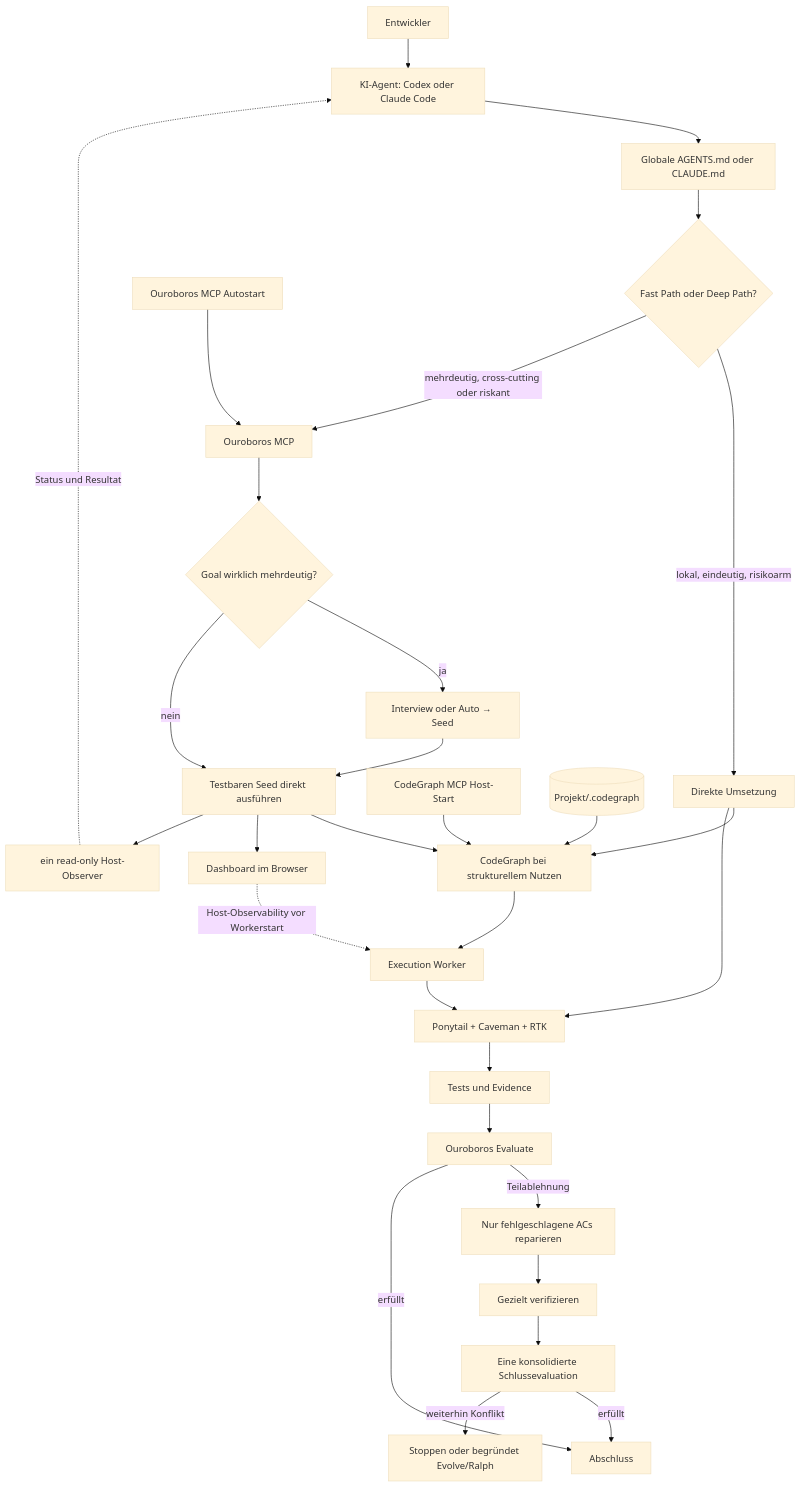
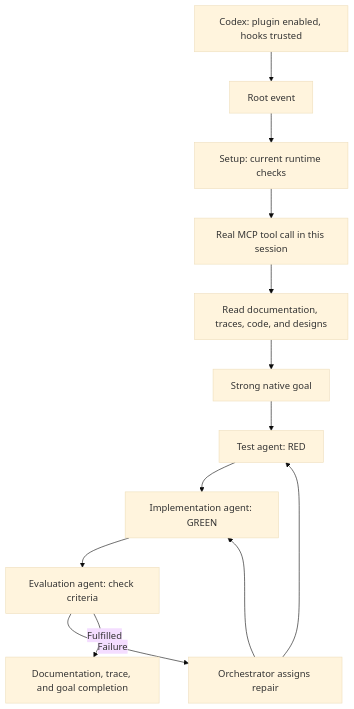
The diagram in docs/PRODUKT-ONBOARDING.md (Chris-1337/KISS-Chris-Stack), drawn with Mermaid (base theme) before and after one commit. The commit also changed other lines of this file and 167 other files, not shown here.

Commit message:
feat: publish Codex plugin with controlled community contributions

````diff
--- a/docs/PRODUKT-ONBOARDING.md
+++ b/docs/PRODUKT-ONBOARDING.md
@@ -46,35 +17,15 @@
 ```mermaid
 flowchart TD
-    U[Entwickler] --> H[KI-Agent: Codex oder Claude Code]
-    H --> P[Globale AGENTS.md oder CLAUDE.md]
-    P --> R{Fast Path oder Deep Path?}
-
-    R -->|lokal, eindeutig, risikoarm| F[Direkte Umsetzung]
-    F --> CG[CodeGraph bei strukturellem Nutzen]
-    F --> PT[Ponytail + Caveman + RTK]
-    PT --> T[Tests und Evidence]
-
-    R -->|mehrdeutig, cross-cutting oder riskant| O[Ouroboros MCP]
-    O --> A{Goal wirklich mehrdeutig?}
-    A -->|ja| I[Interview oder Auto → Seed]
-    A -->|nein| S[Testbaren Seed direkt ausführen]
-    I --> S
-    S --> CG
-    S --> D[Dashboard im Browser]
-    S --> OB[ein read-only Host-Observer]
-    CG --> W[Execution Worker]
-    D -. Host-Observability vor Workerstart .-> W
-    OB -. Status und Resultat .-> H
-    W --> PT
-    T --> E[Ouroboros Evaluate]
-    E -->|Teilablehnung| FR[Nur fehlgeschlagene ACs reparieren]
-    FR --> V[Gezielt verifizieren]
-    V --> FE[Eine konsolidierte Schlussevaluation]
-    FE -->|erfüllt| X
-    FE -->|weiterhin Konflikt| STOP[Stoppen oder begründet Evolve/Ralph]
-    E -->|erfüllt| X[Abschluss]
-
-    MCP1[Ouroboros MCP Autostart] --> O
-    MCP2[CodeGraph MCP Host-Start] --> CG
-    IDX[(Projekt/.codegraph)] --> CG
+    H[Codex: plugin enabled, hooks trusted] --> E[Root event]
+    E --> S[Setup: current runtime checks]
+    S --> M[Real MCP tool call in this session]
+    M --> C[Read documentation, traces, code, and designs]
+    C --> G[Strong native goal]
+    G --> T[Test agent: RED]
+    T --> I[Implementation agent: GREEN]
+    I --> V[Evaluation agent: check criteria]
+    V -->|Failure| O[Orchestrator assigns repair]
+    O --> T
+    O --> I
+    V -->|Fulfilled| D[Documentation, trace, and goal completion]
 ```
````
